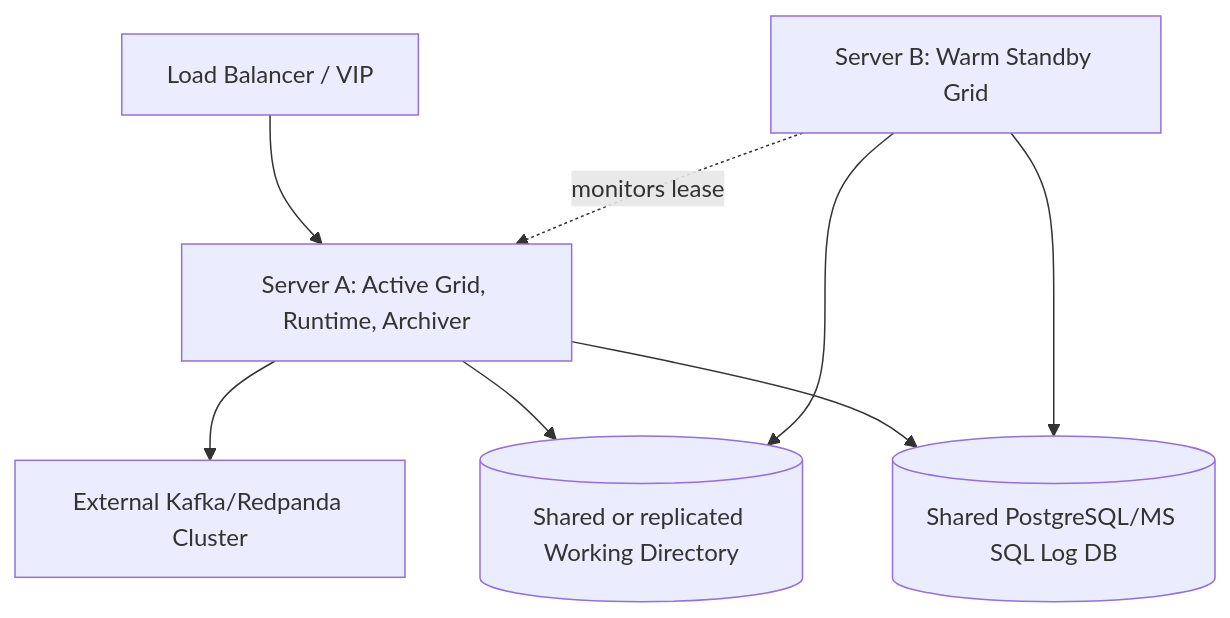
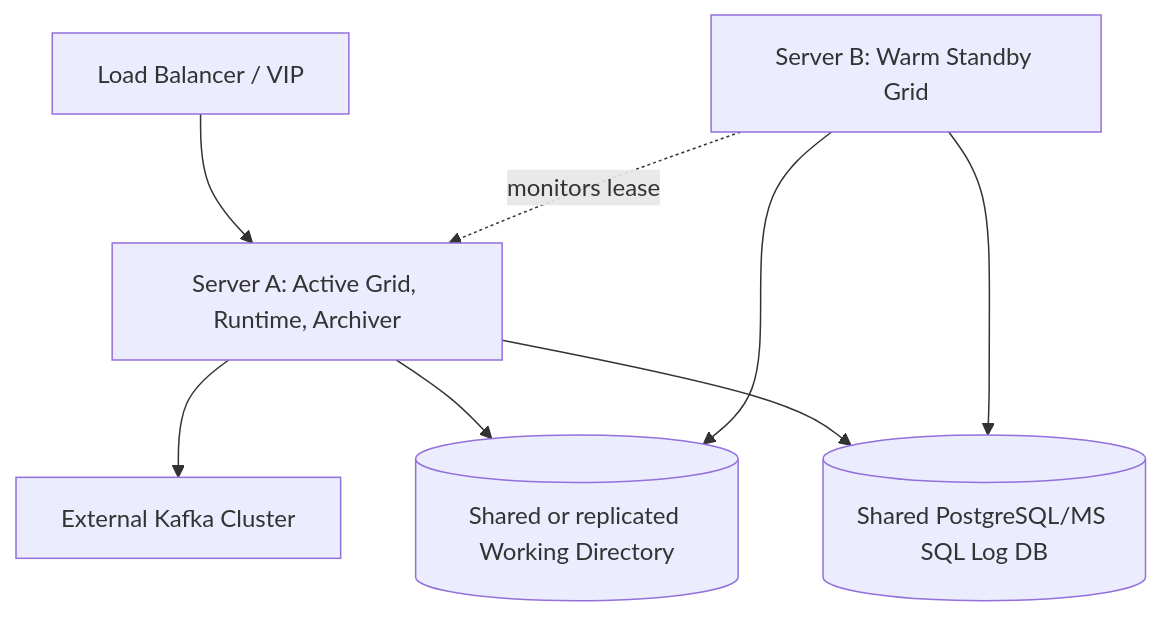
The diagram in docs/administration/deployment/ha.md (Linkiir/linkiir-help-center), drawn with Mermaid before and after one commit. The commit also changed other lines of this file and 20 other files, not shown here.

````diff
--- a/docs/administration/deployment/ha.md
+++ b/docs/administration/deployment/ha.md
@@ -9,16 +9,16 @@
 ```mermaid
 flowchart TB
     LB[Load Balancer / VIP]
     A[Server A: Active Grid, Runtime, Archiver]
     B[Server B: Warm Standby Grid]
-    Q[External Kafka/Redpanda Cluster]
+    Q[External Kafka Cluster]
     WD[(Shared or replicated Working Directory)]
     DB[(Shared PostgreSQL/MS SQL Log DB)]
     LB --> A
     B -. monitors lease .-> A
     A --> Q
     A --> WD
     B --> WD
     A --> DB
     B --> DB
 ```
````
